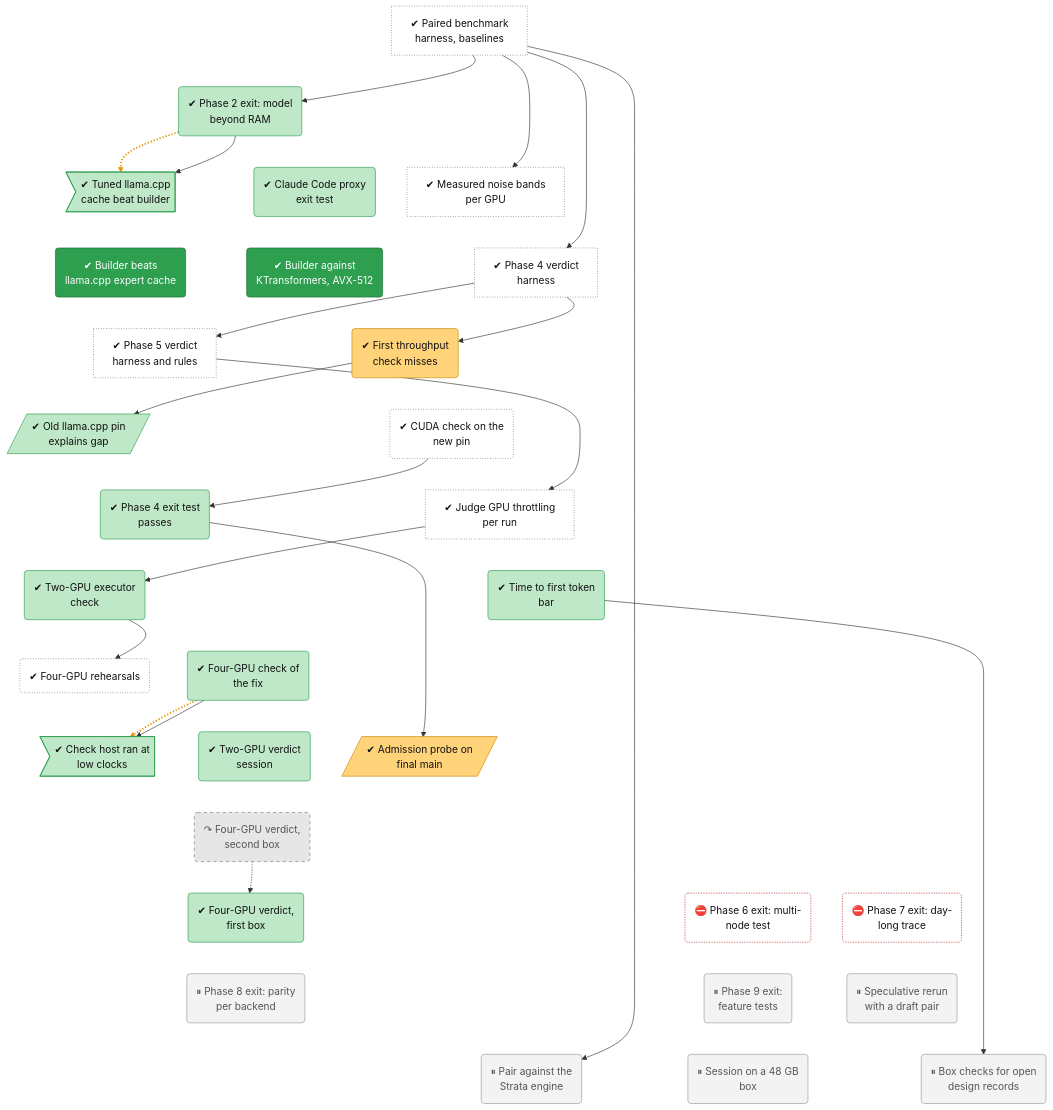
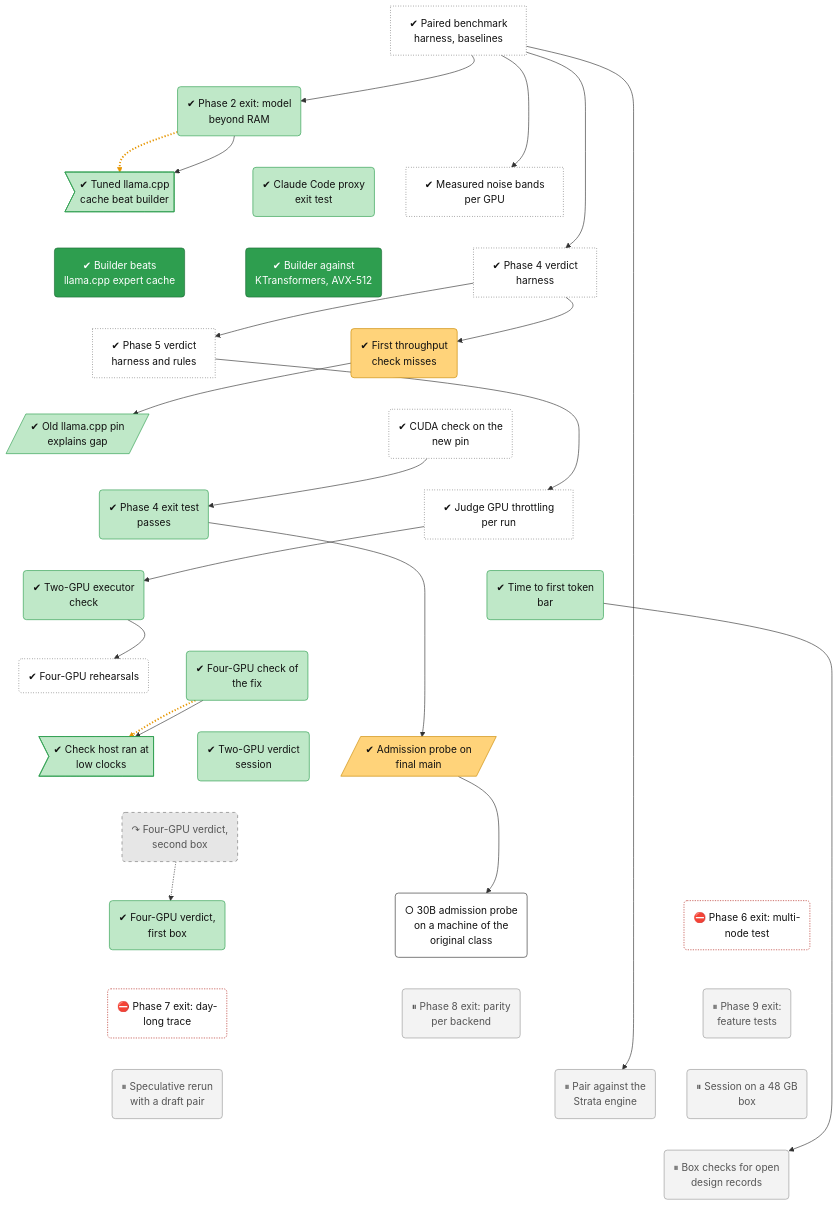
Before and after one commit to lhns/tetraeder: the diagram in docs/roadmap/tracks/bench.md, drawn with Mermaid. The commit also changed other lines of this file and 4 other files, not shown here.

Commit message:
D2a: the 30B ratios are not evidence (baseline slower on a different machine under host 49107); node bench-d2a-30b for one 30B-only session

````diff
--- a/docs/roadmap/tracks/bench.md
+++ b/docs/roadmap/tracks/bench.md
@@ -32,6 +32,7 @@
     bench_d2a_probe[/"✔ Admission probe on<br/>final main"/]
     bench_v4b_verdict("↷ Four-GPU verdict,<br/>second box")
     bench_v4a_verdict("✔ Four-GPU verdict,<br/>first box")
+    bench_d2a_30b("○ 30B admission probe<br/>on a machine of the<br/>original class")
     bench_phase6_exit("⛔ Phase 6 exit: multi-<br/>node test")
     bench_phase7_exit("⛔ Phase 7 exit: day-<br/>long trace")
     bench_phase8_exit("⏸ Phase 8 exit: parity<br/>per backend")
@@ -65,14 +66,17 @@
     bench_v2_verdict ~~~ bench_v4b_verdict
     bench_d2a_probe ~~~ bench_v4b_verdict
     bench_v4b_verdict ~~~ bench_v4a_verdict
+    bench_v4b_verdict ~~~ bench_d2a_30b
     bench_v4b_verdict ~~~ bench_phase6_exit
-    bench_v4b_verdict ~~~ bench_phase7_exit
-    bench_v4a_verdict ~~~ bench_phase8_exit
+    bench_v4a_verdict ~~~ bench_phase7_exit
+    bench_d2a_30b ~~~ bench_phase8_exit
     bench_phase6_exit ~~~ bench_phase9_exit
     bench_phase7_exit ~~~ bench_spec_rerun
     bench_phase8_exit ~~~ bench_strata_pairing
     bench_phase9_exit ~~~ bench_d1_session
     bench_spec_rerun ~~~ bench_open_records
+    bench_strata_pairing ~~~ bench_open_records
+    bench_d1_session ~~~ bench_open_records
     bench_harness --> bench_phase2_exit
     bench_phase2_exit -.-> bench_defect_tuned_cache
     bench_phase2_exit --> bench_defect_tuned_cache
@@ -89,9 +93,10 @@
     bench_s3f2 --> bench_defect_s3f2_clock
     bench_phase4_exit --> bench_d2a_probe
     bench_v4b_verdict -.-> bench_v4a_verdict
+    bench_d2a_probe --> bench_d2a_30b
     bench_harness --> bench_strata_pairing
     bench_ttft --> bench_open_records
-    linkStyle 34,45 stroke:#e69500,stroke-width:3px,stroke-dasharray:2 3
+    linkStyle 37,48 stroke:#e69500,stroke-width:3px,stroke-dasharray:2 3
     classDef vsucc fill:#2e9e4f,stroke:#1b6b34,color:#fff
     classDef succ fill:#bfe8c8,stroke:#2e9e4f,color:#111
     classDef mixed fill:#ffd37a,stroke:#c98a00,color:#111
@@ -111,6 +116,7 @@
     class bench_m1_point1,bench_m1_point3 vsucc
     class bench_d2a_rerun,bench_d2a_probe mixed
     class bench_v4b_verdict dead
+    class bench_d2a_30b next
     class bench_phase6_exit,bench_phase7_exit blocked
     class bench_phase8_exit,bench_phase9_exit,bench_spec_rerun,bench_strata_pairing,bench_d1_session,bench_open_records parked
 ```
````
